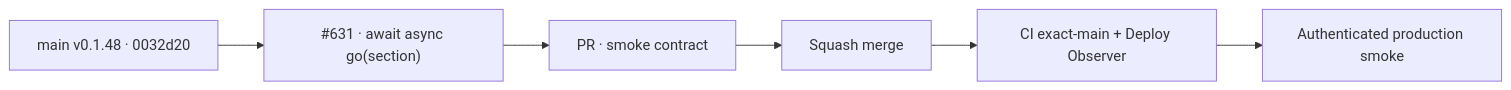
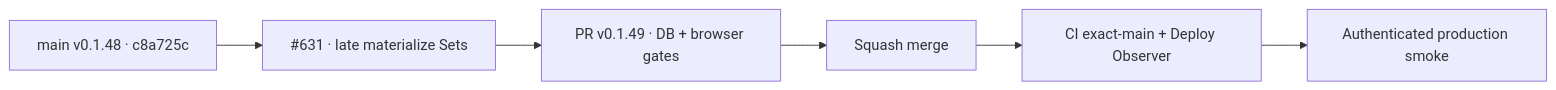
Before and after one commit to pl0n3r/brvtal: the diagram in README.md, drawn with Mermaid. The commit also changed other lines of this file and 8 other files, not shown here.

````diff
--- a/README.md
+++ b/README.md
@@ -50,6 +50,6 @@
 ```mermaid
 flowchart LR
- B["main v0.1.48 · 0032d20"] --> F["#631 · await async go(section)"]
- F --> P["PR · smoke contract"] --> M["Squash merge"]
+ B["main v0.1.48 · c8a725c"] --> F["#631 · late materialize Sets"]
+ F --> P["PR v0.1.49 · DB + browser gates"] --> M["Squash merge"]
  M --> C["CI exact-main + Deploy Observer"] --> S["Authenticated production smoke"]
 ```
````
